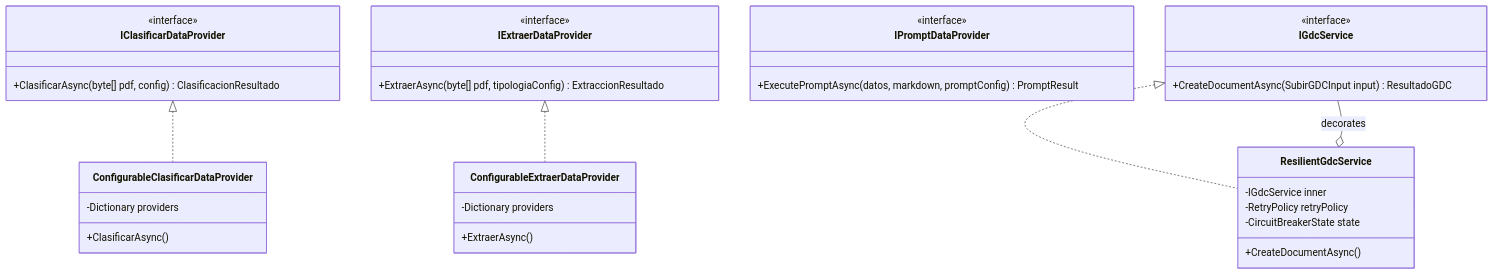
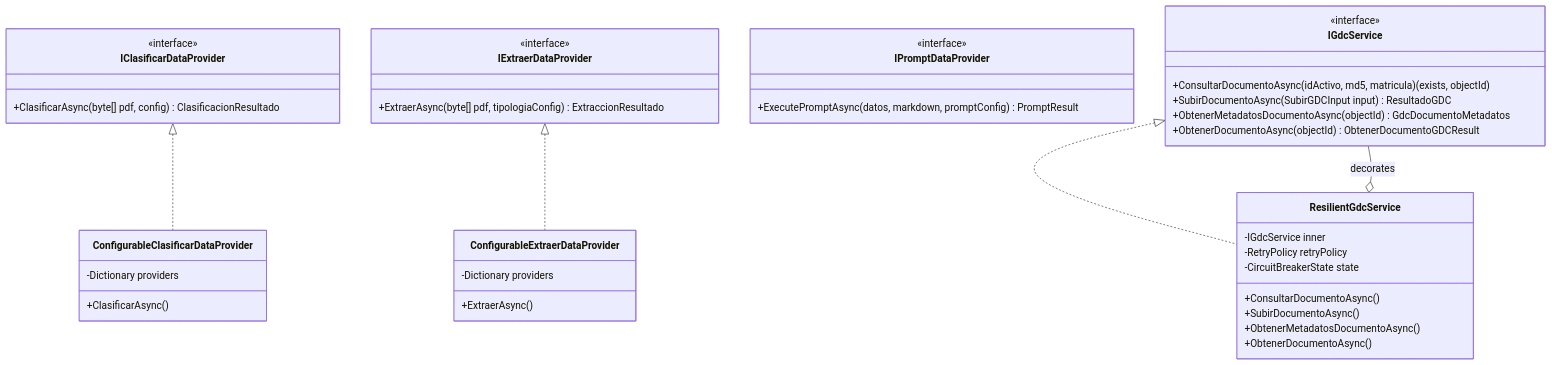
The fifth of 11 diagrams in docs/03_DISENO_TECNICO_DETALLADO.md (nvcrisologo02/AI-DocClassExt), drawn with Mermaid before and after one commit. The commit also changed other lines of this file and 7 other files, not shown here.

First line of the commit message:
docs: actualiza contrato y manuales para objectIdGDC y reglas de entrada AB#99141

````diff
--- a/docs/03_DISENO_TECNICO_DETALLADO.md
+++ b/docs/03_DISENO_TECNICO_DETALLADO.md
@@ -312,44 +312,50 @@
 ```mermaid
 classDiagram
     class IClasificarDataProvider {
         <<interface>>
         +ClasificarAsync(byte[] pdf, config) ClasificacionResultado
     }
 
     class IExtraerDataProvider {
         <<interface>>
         +ExtraerAsync(byte[] pdf, tipologiaConfig) ExtraccionResultado
     }
 
     class IPromptDataProvider {
         <<interface>>
         +ExecutePromptAsync(datos, markdown, promptConfig) PromptResult
     }
 
     class IGdcService {
         <<interface>>
-        +CreateDocumentAsync(SubirGDCInput input) ResultadoGDC
+      +ConsultarDocumentoAsync(idActivo, md5, matricula) (exists, objectId)
+      +SubirDocumentoAsync(SubirGDCInput input) ResultadoGDC
+      +ObtenerMetadatosDocumentoAsync(objectId) GdcDocumentoMetadatos
+      +ObtenerDocumentoAsync(objectId) ObtenerDocumentoGDCResult
     }
 
     class ConfigurableClasificarDataProvider {
         -Dictionary providers
         +ClasificarAsync()
     }
 
     class ConfigurableExtraerDataProvider {
         -Dictionary providers
         +ExtraerAsync()
     }
 
     class ResilientGdcService {
         -IGdcService inner
         -RetryPolicy retryPolicy
         -CircuitBreakerState state
-        +CreateDocumentAsync()
+      +ConsultarDocumentoAsync()
+      +SubirDocumentoAsync()
+      +ObtenerMetadatosDocumentoAsync()
+      +ObtenerDocumentoAsync()
     }
 
     IClasificarDataProvider <|.. ConfigurableClasificarDataProvider
     IExtraerDataProvider <|.. ConfigurableExtraerDataProvider
     IGdcService <|.. ResilientGdcService
     ResilientGdcService o-- IGdcService : decorates
 ```
````
